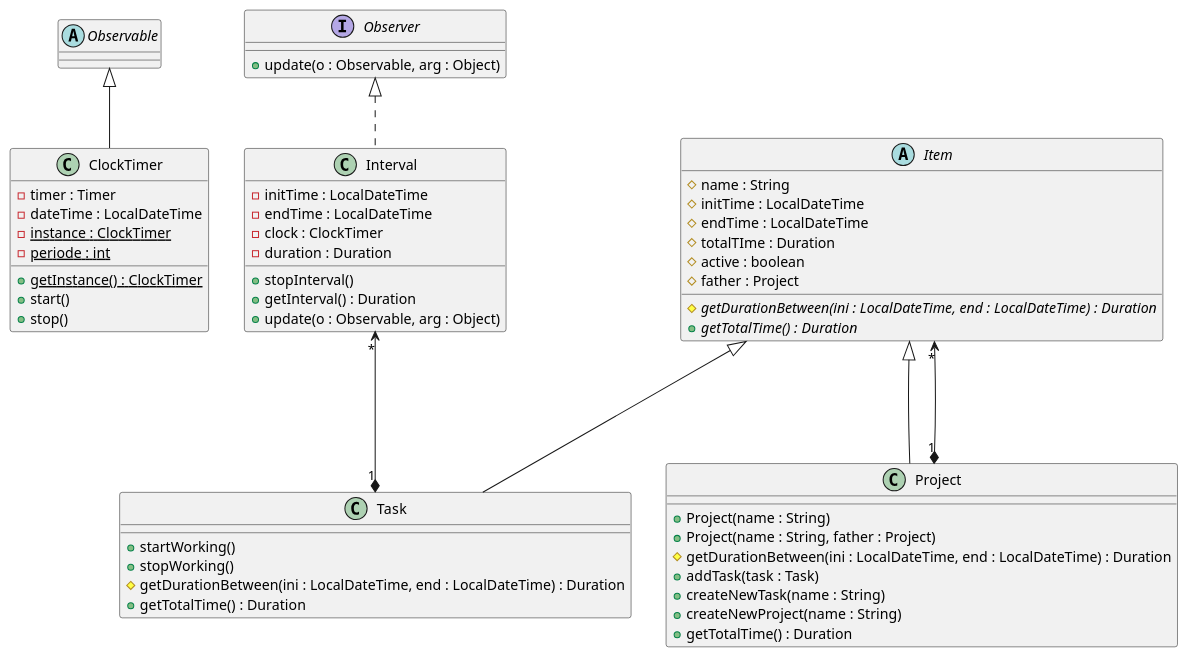
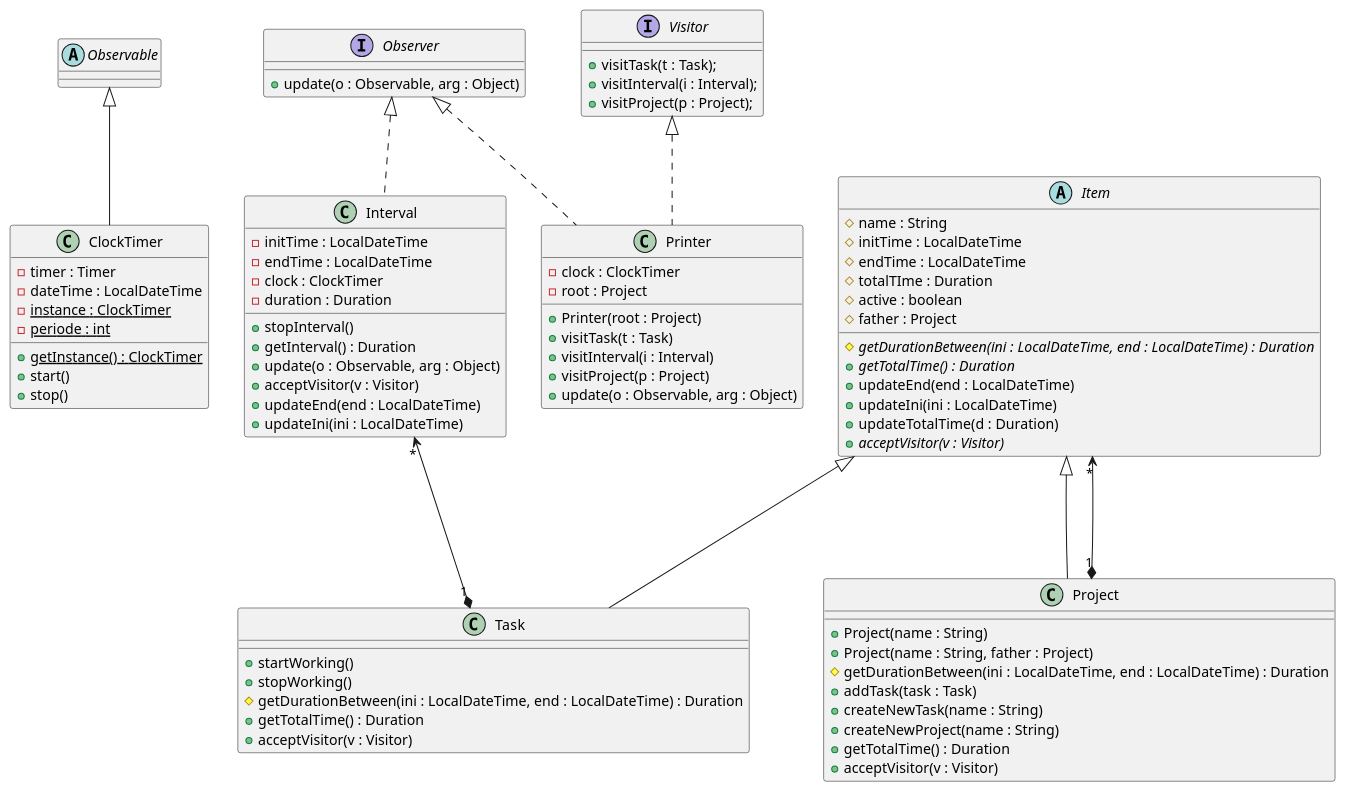
One commit to ewyalcuadrao/DS_practica changed the diagram in diagrama_TimeTracker.puml. Above: the diagram before and after it, drawn with PlantUML. The commit also changed 7 other files, not shown here.

```diff
--- a/diagrama_TimeTracker.puml
+++ b/diagrama_TimeTracker.puml
@@ -1,65 +1,92 @@
 @startuml
 abstract Observable{
 
 }
 
 interface Observer{
 + update(o : Observable, arg : Object)
 }
 
 abstract Item{
 # name : String
 # initTime : LocalDateTime
 # endTime : LocalDateTime
 # totalTIme : Duration
 # active : boolean
 # father : Project
 # {abstract} getDurationBetween(ini : LocalDateTime, end : LocalDateTime) : Duration
 + {abstract} getTotalTime() : Duration
++ updateEnd(end : LocalDateTime)
++ updateIni(ini : LocalDateTime)
++ updateTotalTime(d : Duration)
++ {abstract} acceptVisitor(v : Visitor)
 }
 
 
 class Project{
 + Project(name : String)
 + Project(name : String, father : Project)
 # getDurationBetween(ini : LocalDateTime, end : LocalDateTime) : Duration
 + addTask(task : Task)
 + createNewTask(name : String)
 + createNewProject(name : String)
 + getTotalTime() : Duration
++ acceptVisitor(v : Visitor)
 }
 
 class Task{
 + startWorking()
 + stopWorking()
 # getDurationBetween(ini : LocalDateTime, end : LocalDateTime) : Duration
 + getTotalTime() : Duration
++ acceptVisitor(v : Visitor)
 }
 
 class Interval{
 - initTime : LocalDateTime
 - endTime : LocalDateTime
 - clock : ClockTimer
 - duration : Duration
 + stopInterval()
 + getInterval() : Duration
 + update(o : Observable, arg : Object)
++ acceptVisitor(v : Visitor)
++ updateEnd(end : LocalDateTime)
++ updateIni(ini : LocalDateTime)
 }
 
 class ClockTimer{
 - timer : Timer
 - dateTime : LocalDateTime
 - {static} instance : ClockTimer
 - {static} periode : int
 + {static} getInstance() : ClockTimer
 + start()
 + stop()
 }
 
+interface Visitor{
++ visitTask(t : Task);
++ visitInterval(i : Interval);
++ visitProject(p : Project);
+}
+
+class Printer{
+- clock : ClockTimer
+- root : Project
++ Printer(root : Project)
++ visitTask(t : Task)
++ visitInterval(i : Interval)
++ visitProject(p : Project)
++ update(o : Observable, arg : Object)
+}
+
 Item <|--- Project
 Item <|--- Task
 Item "*"<---*"1" Project
 Interval "*"<---*"1" Task
 Observer <|.. Interval
 Observable <|-- ClockTimer
+Observer <|.. Printer
+Visitor <|.. Printer
 @enduml
```
